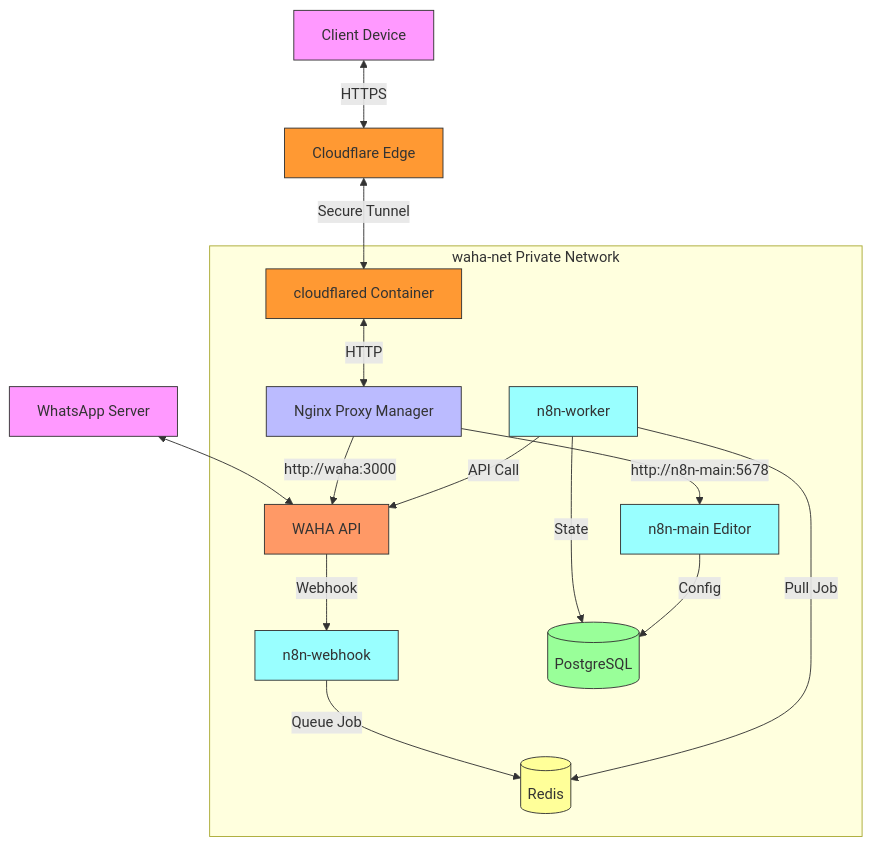
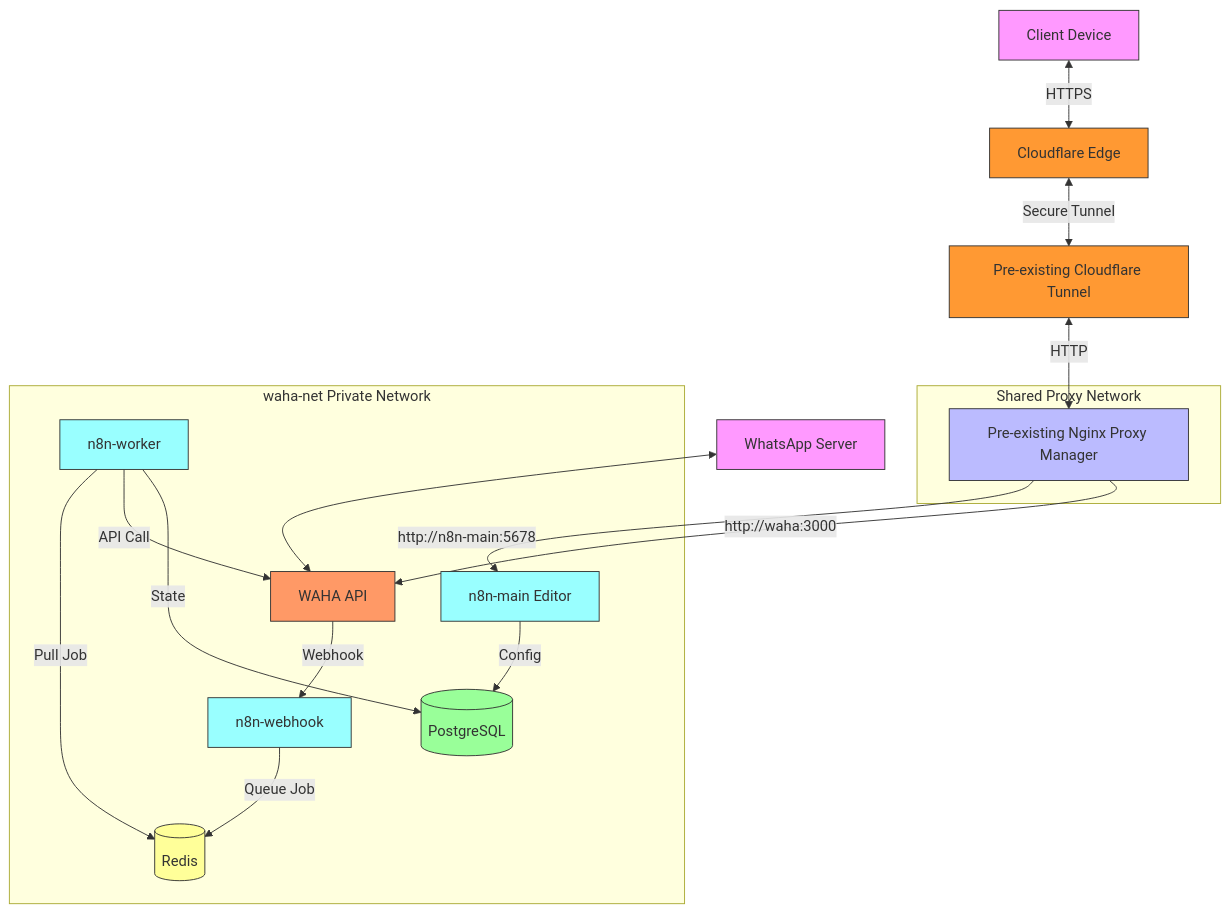
One commit to yakuyakuku/quartz4site changed the first of 2 diagrams in content/Novel/private/WAHA n8n.md. Above: the diagram before and after it, drawn with Mermaid. The commit also changed other lines of this file, not shown here.

````diff
--- a/content/Novel/private/WAHA n8n.md
+++ b/content/Novel/private/WAHA n8n.md
@@ -31,29 +33,41 @@
 ```mermaid
 graph TD
     %% Styling
     classDef ext fill:#f9f,stroke:#333,stroke-width:1px;
     classDef cf fill:#f93,stroke:#333,stroke-width:1px;
     classDef npm fill:#bbf,stroke:#333,stroke-width:1px;
     classDef waha fill:#f96,stroke:#333,stroke-width:1px;
     classDef db fill:#9f9,stroke:#333,stroke-width:1px;
     classDef redis fill:#ff9,stroke:#333,stroke-width:1px;
     classDef n8n fill:#9ff,stroke:#333,stroke-width:1px;
 
     %% Nodes & Flow
     WA[WhatsApp Server]:::ext <--> WAHA[WAHA API]:::waha
     User[Client Device]:::ext <-->|HTTPS| CFEdge[Cloudflare Edge]:::cf
-    CFEdge <-->|Secure Tunnel| CFTunnel[cloudflared Container]:::cf
+    CFEdge <-->|Secure Tunnel| CFTunnel[Pre-existing Cloudflare Tunnel]:::cf
+    CFTunnel <-->|HTTP| NPM[Pre-existing Nginx Proxy Manager]:::npm
+
+    subgraph proxy-net [Shared Proxy Network]
+        NPM
+    end
+
+    subgraph waha-net [waha-net Private Network]
+        WAHA
+        WH[n8n-webhook]:::n8n
+        Main[n8n-main Editor]:::n8n
+        Worker[n8n-worker]:::n8n
+        Redis[(Redis)]:::redis
+        DB[(PostgreSQL)]:::db
+    end
+
+    %% Routing Bridges
+    NPM -->|http://n8n-main:5678| Main
+    NPM -->|http://waha:3000| WAHA
     
-    subgraph waha-net [waha-net Private Network]
-        CFTunnel <-->|HTTP| NPM[Nginx Proxy Manager]:::npm
-        NPM -->|http://n8n-main:5678| Main[n8n-main Editor]:::n8n
-        NPM -->|http://waha:3000| WAHA
-        
-        WAHA -->|Webhook| WH[n8n-webhook]:::n8n
-        WH -->|Queue Job| Redis[(Redis)]:::redis
-        Worker[n8n-worker]:::n8n -->|Pull Job| Redis
-        Worker -->|API Call| WAHA
-        Worker -->|State| DB[(PostgreSQL)]:::db
-        Main -->|Config| DB
-    end
+    WAHA -->|Webhook| WH
+    WH -->|Queue Job| Redis
+    Worker -->|Pull Job| Redis
+    Worker -->|API Call| WAHA
+    Worker -->|State| DB
+    Main -->|Config| DB
 ```
````
